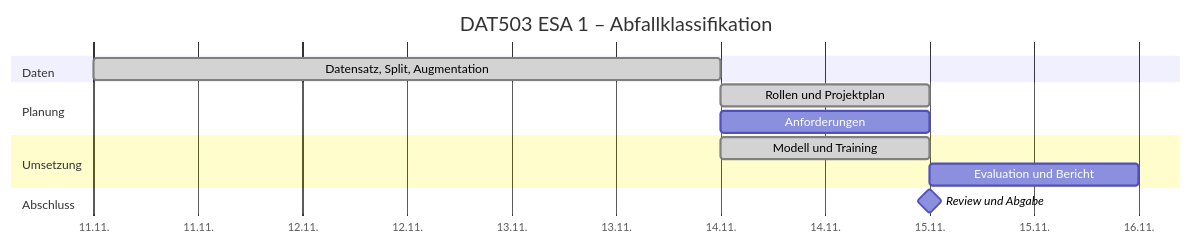
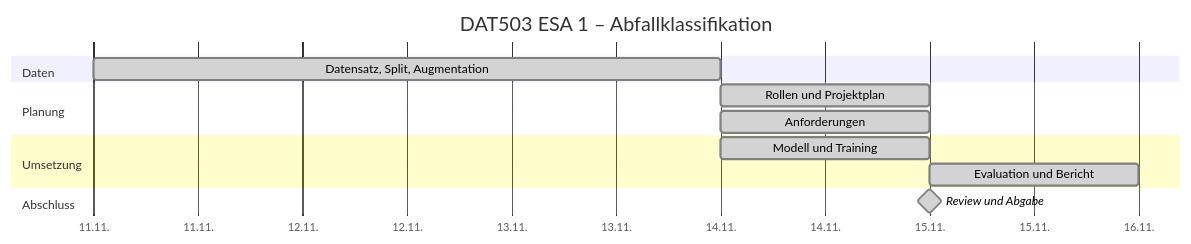
The diagram in projektmanagement.md (qepuvb/DAT503-waste-classification), drawn with Mermaid before and after one commit. The commit also changed other lines of this file, not shown here.

````diff
--- a/projektmanagement.md
+++ b/projektmanagement.md
@@ -13,16 +20,16 @@
 ```mermaid
 gantt
     title DAT503 ESA 1 – Abfallklassifikation
     dateFormat  YYYY-MM-DD
     axisFormat  %d.%m.
     section Daten
     Datensatz, Split, Augmentation  :done, 2026-11-11, 3d
     section Planung
     Rollen und Projektplan          :done, 2026-11-14, 1d
-    Anforderungen                   :2026-11-14, 1d
+    Anforderungen                   :done, 2026-11-14, 1d
     section Umsetzung
     Modell und Training             :done, 2026-11-14, 1d
-    Evaluation und Bericht          :2026-11-15, 1d
+    Evaluation und Bericht          :done, 2026-11-15, 1d
     section Abschluss
-    Review und Abgabe               :milestone, 2026-11-15, 0d
+    Review und Abgabe               :done, milestone, 2026-11-15, 0d
 ```
````
